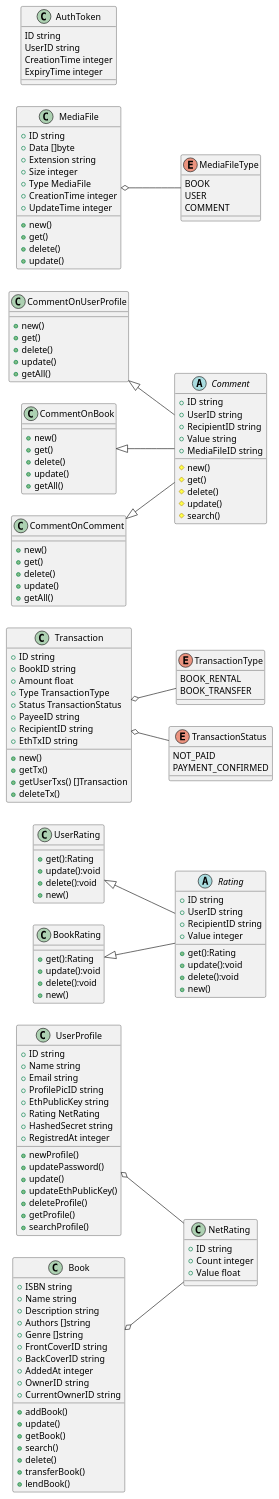
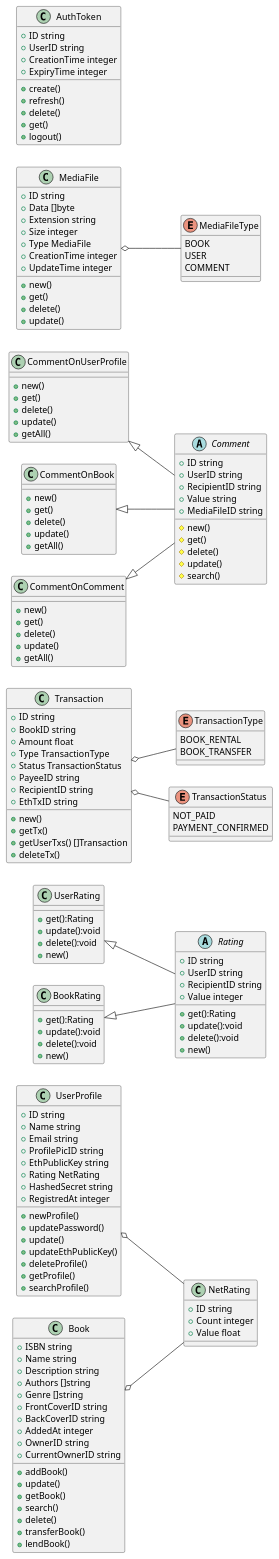
One commit to Zzocker/book-labs changed the diagram in docs/uml/class.puml. Above: the diagram before and after it, drawn with PlantUML. The commit also changed 1 other file, not shown here.

```diff
--- a/docs/uml/class.puml
+++ b/docs/uml/class.puml
@@ -1,190 +1,196 @@
 @startuml
 
 left to right direction
 
 class UserProfile{
     + ID string
     + Name string
     + Email string
     + ProfilePicID string
     + EthPublicKey string
     + Rating NetRating
     + HashedSecret string
     + RegistredAt integer
 
     + newProfile()
     + updatePassword()
     + update()
     + updateEthPublicKey()
     + deleteProfile()
     + getProfile()
     + searchProfile()
 }
 
 class NetRating{
     + ID string
     + Count integer
     + Value float
 }
 
 UserProfile o-- NetRating
 
 abstract class Rating{
     + ID string
     + UserID string
     + RecipientID string
     + Value integer
 
     + get():Rating
     + update():void
     + delete():void
     + new()
 }
 
 class UserRating{
     + get():Rating
     + update():void
     + delete():void
     + new()
 }
 class BookRating{
     + get():Rating
     + update():void
     + delete():void
     + new()
 }
 
 
 UserRating <|-- Rating
 BookRating <|-- Rating 
 
 
 class Book{
     + ISBN string
     + Name string
     + Description string
     + Authors []string
     + Genre []string
     + FrontCoverID string
     + BackCoverID string
     + AddedAt integer
     + OwnerID string
     + CurrentOwnerID string
 
     + addBook()
     + update()
     + getBook()
     + search()
     + delete()
     + transferBook()
     + lendBook()
 }
 
 Book o-- NetRating
 
 class Transaction{
     + ID string
     + BookID string
     + Amount float
     + Type TransactionType
     + Status TransactionStatus
     + PayeeID string
     + RecipientID string
     + EthTxID string
 
     + new()
     + getTx()
     + getUserTxs() []Transaction
     + deleteTx()
 }
 
 Transaction o-- TransactionType
 Transaction o-- TransactionStatus
 
 enum TransactionType{
     BOOK_RENTAL
     BOOK_TRANSFER
 }
 
 enum TransactionStatus{
     NOT_PAID
     PAYMENT_CONFIRMED
 }
 
 abstract class Comment{
     + ID string
     + UserID string
     + RecipientID string
     + Value string
     + MediaFileID string
 
     # new()
     # get()
     # delete()
     # update()
     # search()
 }
 
 
 class CommentOnUserProfile{
     + new()
     + get()
     + delete()
     + update()
     + getAll() 
 }
 
 class CommentOnBook{
     + new()
     + get()
     + delete()
     + update()
     + getAll() 
 }
 
 class CommentOnComment{
     + new()
     + get()
     + delete()
     + update()
     + getAll() 
 }
 
 CommentOnUserProfile <|-- Comment
 CommentOnBook <|-- Comment
 CommentOnComment <|-- Comment
 
 class MediaFile{
     + ID string
     + Data []byte
     + Extension string
     + Size integer
     + Type MediaFile
     + CreationTime integer
     + UpdateTime integer
 
     + new()
     + get()
     + delete()
     + update()
 }
 
 enum MediaFileType{
     BOOK
     USER
     COMMENT
 }
 
 MediaFile o-- MediaFileType
 
 
 class AuthToken{
-    ID string
-    UserID string
-    CreationTime integer
-    ExpiryTime integer
+    + ID string
+    + UserID string
+    + CreationTime integer
+    + ExpiryTime integer
+
+    + create()
+    + refresh()
+    + delete()
+    + get()
+    + logout()
 }
 
 
 
 @enduml
```
